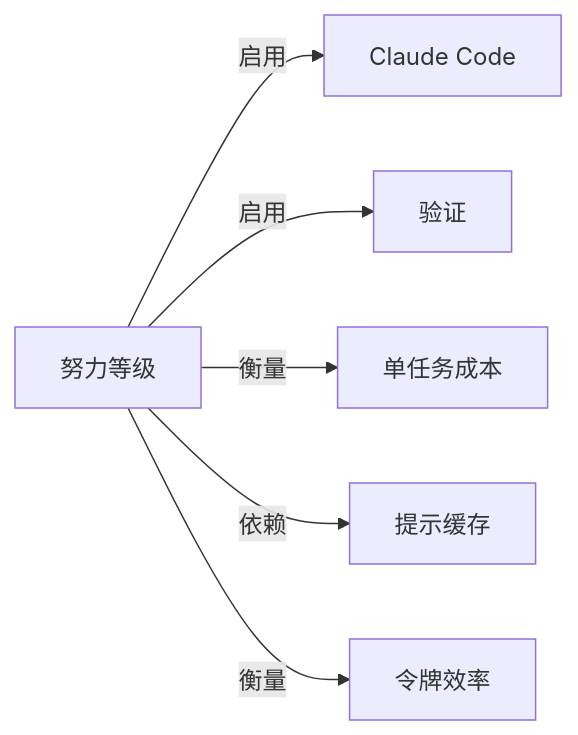
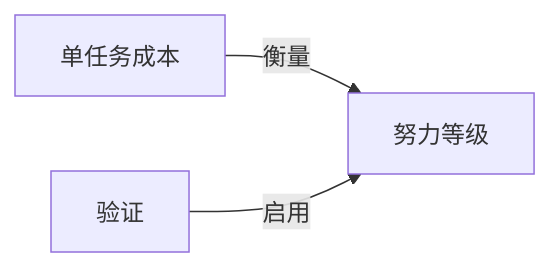
One commit to yibie/claude-best-practices-zh changed the diagram in wiki/努力等级.md. Above: the diagram before and after it, drawn with Mermaid. The commit also changed other lines of this file and 407 other files, not shown here.

Commit message:
feat: DeepSeek 三遍审校（译文/关系/图谱）+ 可部署静态站点

````diff
--- a/wiki/努力等级.md
+++ b/wiki/努力等级.md
@@ -47,9 +45,6 @@
 ```mermaid
 graph LR
   C["努力等级"]
-  C -->|启用| N0["Claude Code"]
-  C -->|启用| N1["验证"]
-  C -->|衡量| N2["单任务成本"]
-  C -->|依赖| N3["提示缓存"]
-  C -->|衡量| N4["令牌效率"]
+  N0["单任务成本"] -->|衡量| C
+  N1["验证"] -->|启用| C
 ```
````
